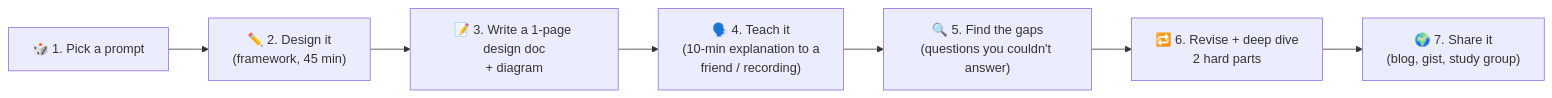
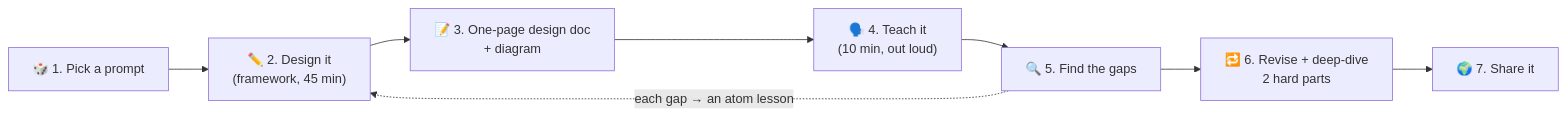
One commit to winnyboy5/System-Design-from-Atoms changed the diagram in phases/11-advanced-designs/100-capstone.md. Above: the diagram before and after it, drawn with Mermaid. The commit also changed other lines of this file and 15 other files, not shown here.

````diff
--- a/phases/11-advanced-designs/100-capstone.md
+++ b/phases/11-advanced-designs/100-capstone.md
@@ -25,9 +40,10 @@
 ```mermaid
 flowchart LR
     P["🎲 1. Pick a prompt"] --> D["✏️ 2. Design it<br/>(framework, 45 min)"]
-    D --> W["📝 3. Write a 1-page design doc<br/>+ diagram"]
-    W --> T["🗣️ 4. Teach it<br/>(10-min explanation to a<br/>friend / recording)"]
-    T --> G["🔍 5. Find the gaps<br/>(questions you couldn't answer)"]
-    G --> R["🔁 6. Revise + deep dive<br/>2 hard parts"]
-    R --> S["🌍 7. Share it<br/>(blog, gist, study group)"]
+    D --> W["📝 3. One-page design doc<br/>+ diagram"]
+    W --> T["🗣️ 4. Teach it<br/>(10 min, out loud)"]
+    T --> G["🔍 5. Find the gaps"]
+    G --> R["🔁 6. Revise + deep-dive<br/>2 hard parts"]
+    R --> S["🌍 7. Share it"]
+    G -.->|"each gap → an atom lesson"| D
 ```
````
